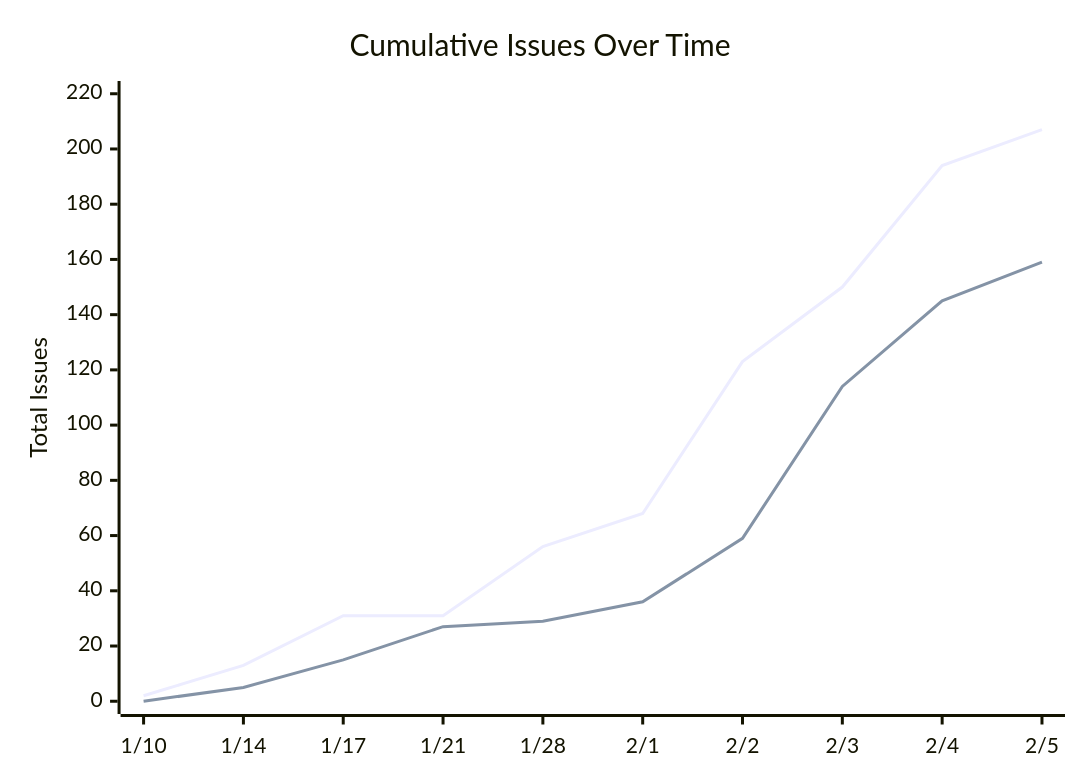
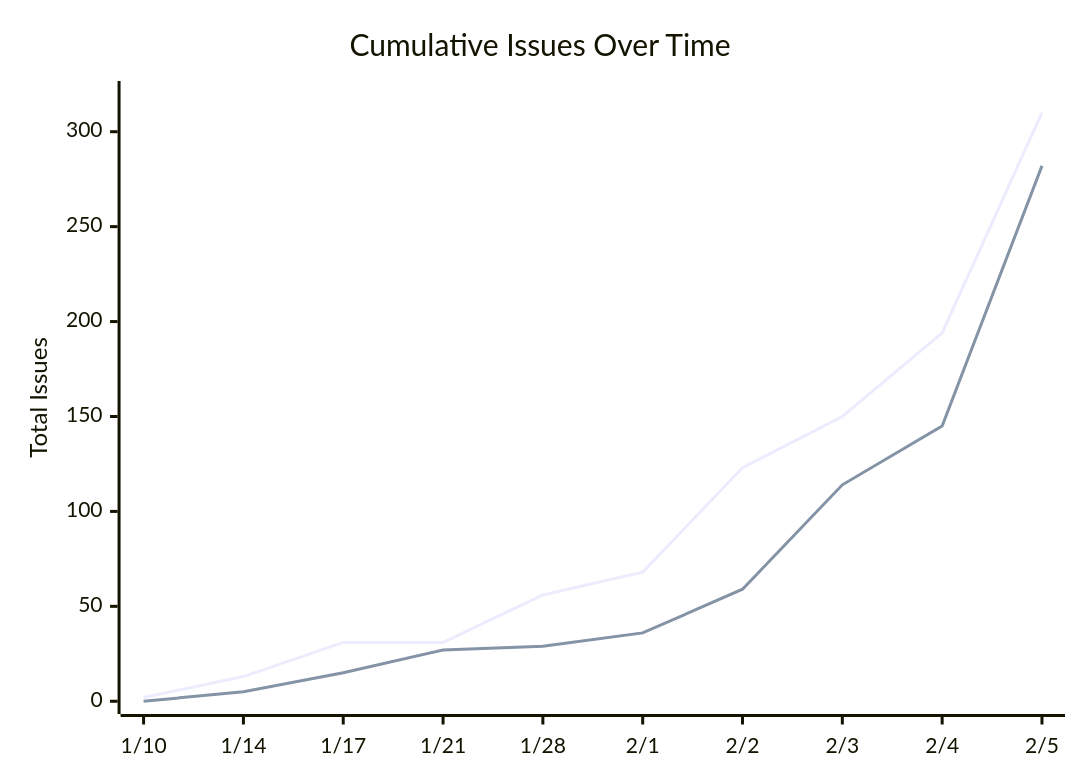
Before and after one commit to martymcenroe/AssemblyZero: the second of 3 diagrams in wiki/Metrics.md, drawn with Mermaid. The commit also changed other lines of this file and 13 other files, not shown here.

````diff
--- a/wiki/Metrics.md
+++ b/wiki/Metrics.md
@@ -40,8 +43,8 @@
 ```mermaid
 xychart-beta
     title "Cumulative Issues Over Time"
     x-axis ["1/10", "1/14", "1/17", "1/21", "1/28", "2/1", "2/2", "2/3", "2/4", "2/5"]
-    y-axis "Total Issues" 0 --> 220
-    line [2, 13, 31, 31, 56, 68, 123, 150, 194, 207]
-    line [0, 5, 15, 27, 29, 36, 59, 114, 145, 159]
+    y-axis "Total Issues" 0 --> 320
+    line [2, 13, 31, 31, 56, 68, 123, 150, 194, 310]
+    line [0, 5, 15, 27, 29, 36, 59, 114, 145, 282]
 ```
````
